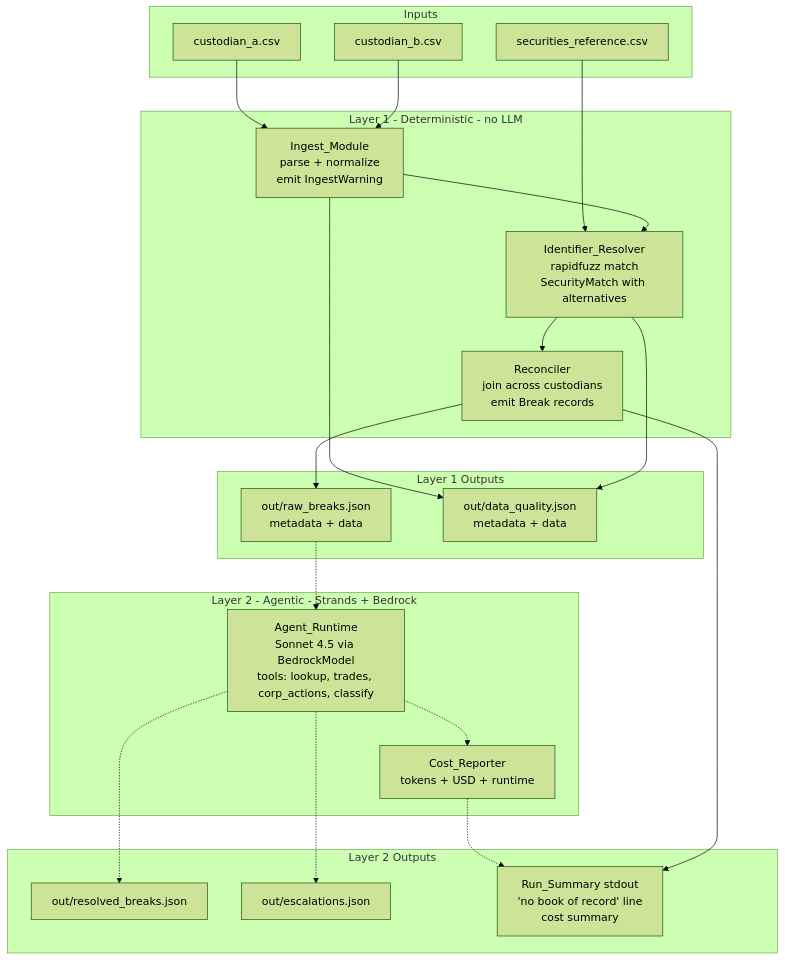
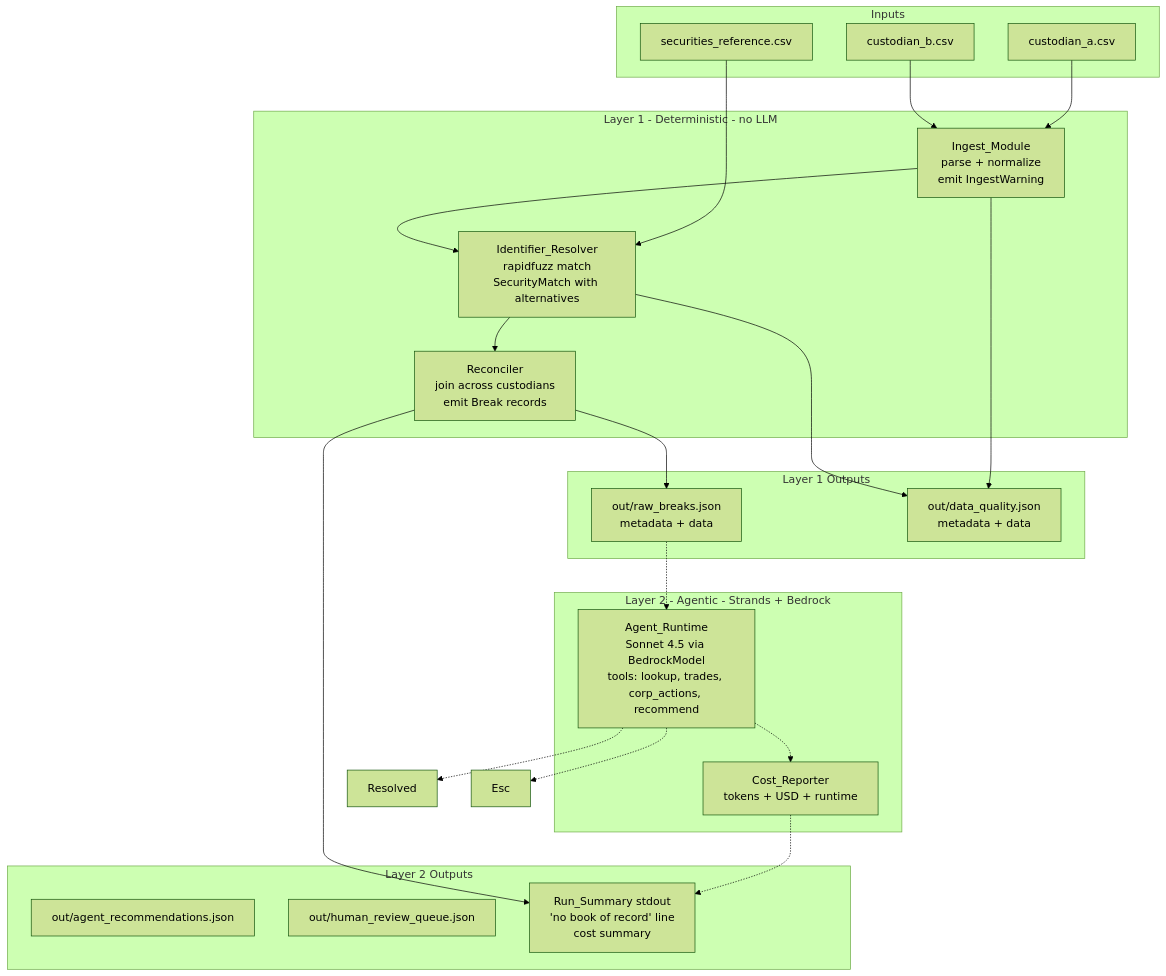
The second of 3 diagrams in README.md (skiingfalcon/securities-recon), drawn with Mermaid (forest theme) before and after one commit. The commit also changed other lines of this file and 11 other files, not shown here.

````diff
--- a/README.md
+++ b/README.md
@@ -253,46 +255,46 @@
 ```mermaid
 flowchart TB
     subgraph Inputs[Inputs]
         CSV_A[custodian_a.csv]
         CSV_B[custodian_b.csv]
         CSV_M[securities_reference.csv]
     end
 
     subgraph L1[Layer 1 - Deterministic - no LLM]
         Ingest[Ingest_Module<br/>parse + normalize<br/>emit IngestWarning]
         Resolver[Identifier_Resolver<br/>rapidfuzz match<br/>SecurityMatch with alternatives]
         Reconciler[Reconciler<br/>join across custodians<br/>emit Break records]
     end
 
     subgraph L1_Out[Layer 1 Outputs]
         Raw[out/raw_breaks.json<br/>metadata + data]
         DQ[out/data_quality.json<br/>metadata + data]
     end
 
     subgraph L2[Layer 2 - Agentic - Strands + Bedrock]
-        Agent[Agent_Runtime<br/>Sonnet 4.5 via BedrockModel<br/>tools: lookup, trades, corp_actions, classify]
+        Agent[Agent_Runtime<br/>Sonnet 4.5 via BedrockModel<br/>tools: lookup, trades, corp_actions, recommend]
         Cost[Cost_Reporter<br/>tokens + USD + runtime]
     end
 
     subgraph L2_Out[Layer 2 Outputs]
-        Resolved[out/resolved_breaks.json]
-        Esc[out/escalations.json]
+        Recs[out/agent_recommendations.json]
+        HITL[out/human_review_queue.json]
         Stdout[Run_Summary stdout<br/>'no book of record' line<br/>cost summary]
     end
 
     CSV_A --> Ingest
     CSV_B --> Ingest
     CSV_M --> Resolver
     Ingest --> Resolver
     Resolver --> Reconciler
     Reconciler --> Raw
     Ingest --> DQ
     Resolver --> DQ
 
     Raw -.-> Agent
     Agent -.-> Resolved
     Agent -.-> Esc
     Agent -.-> Cost
     Cost -.-> Stdout
     Reconciler --> Stdout
 ```
````
